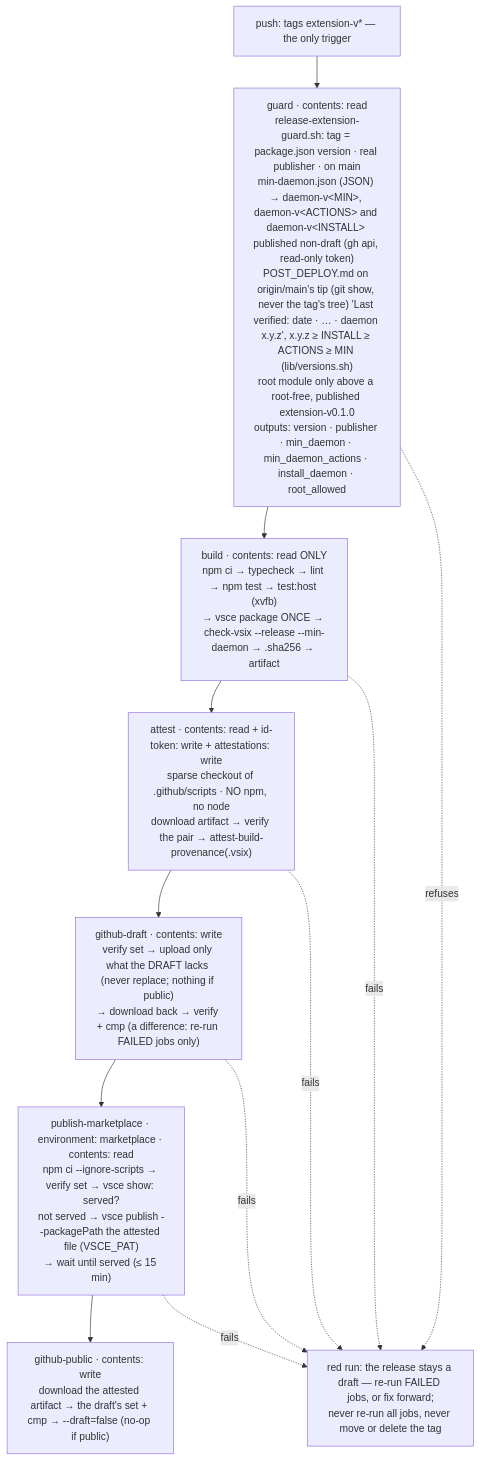
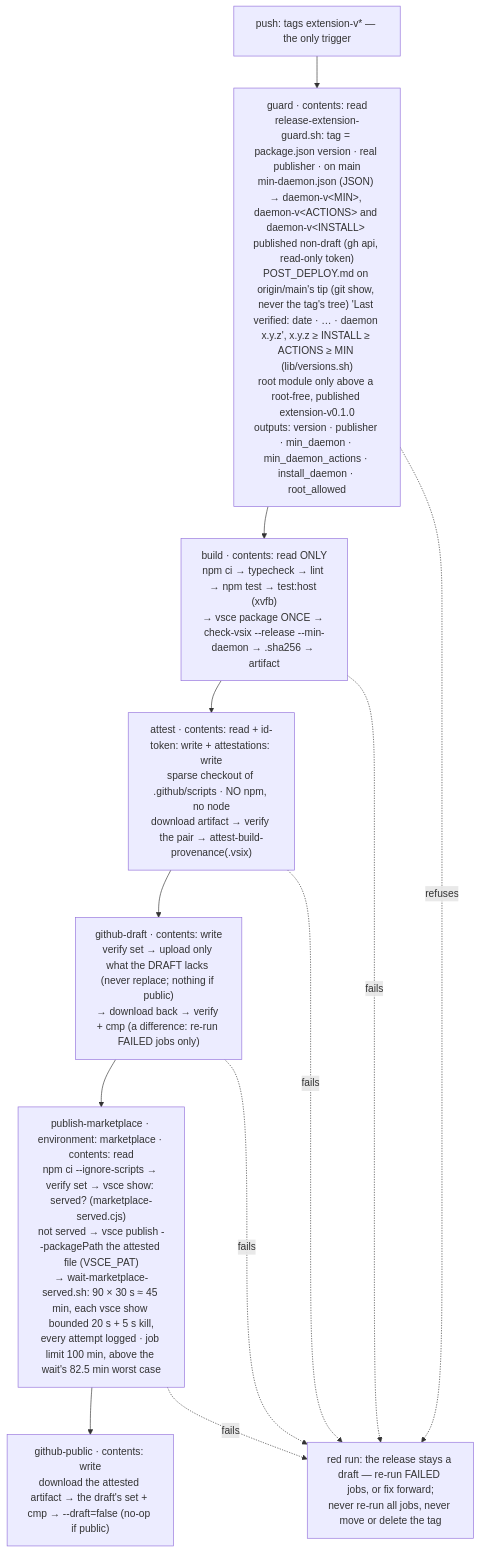
Diagram 21 of 31 in research/architecture.md (oleksandrdubyna88/wsl_care), drawn with Mermaid before and after one commit. The commit also changed other lines of this file and 7 other files, not shown here.

First line of the commit message:
fix(ci): the code round on the Marketplace wait — the kill grace counted, one served reader

````diff
--- a/research/architecture.md
+++ b/research/architecture.md
@@ -2131,17 +2131,17 @@
 ```mermaid
 flowchart TD
     tag["push: tags extension-v* — the only trigger"]
     guard["guard · contents: read<br/>release-extension-guard.sh: tag = package.json version · real publisher · on main<br/>min-daemon.json (JSON) → daemon-v&lt;MIN&gt;, daemon-v&lt;ACTIONS&gt; and daemon-v&lt;INSTALL&gt; published non-draft (gh api, read-only token)<br/>POST_DEPLOY.md on origin/main's tip (git show, never the tag's tree) 'Last verified: date · … · daemon x.y.z', x.y.z ≥ INSTALL ≥ ACTIONS ≥ MIN (lib/versions.sh)<br/>root module only above a root-free, published extension-v0.1.0<br/>outputs: version · publisher · min_daemon · min_daemon_actions · install_daemon · root_allowed"]
     build["build · contents: read ONLY<br/>npm ci → typecheck → lint → npm test → test:host (xvfb)<br/>→ vsce package ONCE → check-vsix --release --min-daemon → .sha256 → artifact"]
     attest["attest · contents: read + id-token: write + attestations: write<br/>sparse checkout of .github/scripts · NO npm, no node<br/>download artifact → verify the pair → attest-build-provenance(.vsix)"]
     draft["github-draft · contents: write<br/>verify set → upload only what the DRAFT lacks (never replace; nothing if public)<br/>→ download back → verify + cmp (a difference: re-run FAILED jobs only)"]
-    mkt["publish-marketplace · environment: marketplace · contents: read<br/>npm ci --ignore-scripts → verify set → vsce show: served?<br/>not served → vsce publish --packagePath the attested file (VSCE_PAT)<br/>→ wait until served (≤ 15 min)"]
+    mkt["publish-marketplace · environment: marketplace · contents: read<br/>npm ci --ignore-scripts → verify set → vsce show: served? (marketplace-served.cjs)<br/>not served → vsce publish --packagePath the attested file (VSCE_PAT)<br/>→ wait-marketplace-served.sh: 90 × 30 s ≈ 45 min, each vsce show bounded 20 s + 5 s kill,<br/>every attempt logged · job limit 100 min, above the wait's 82.5 min worst case"]
     pub["github-public · contents: write<br/>download the attested artifact → the draft's set + cmp → --draft=false (no-op if public)"]
     stop["red run: the release stays a draft — re-run FAILED jobs, or fix forward;<br/>never re-run all jobs, never move or delete the tag"]
     tag --> guard --> build --> attest --> draft --> mkt --> pub
     guard -. refuses .-> stop
     build -. fails .-> stop
     attest -. fails .-> stop
     draft -. fails .-> stop
     mkt -. fails .-> stop
 ```
````
